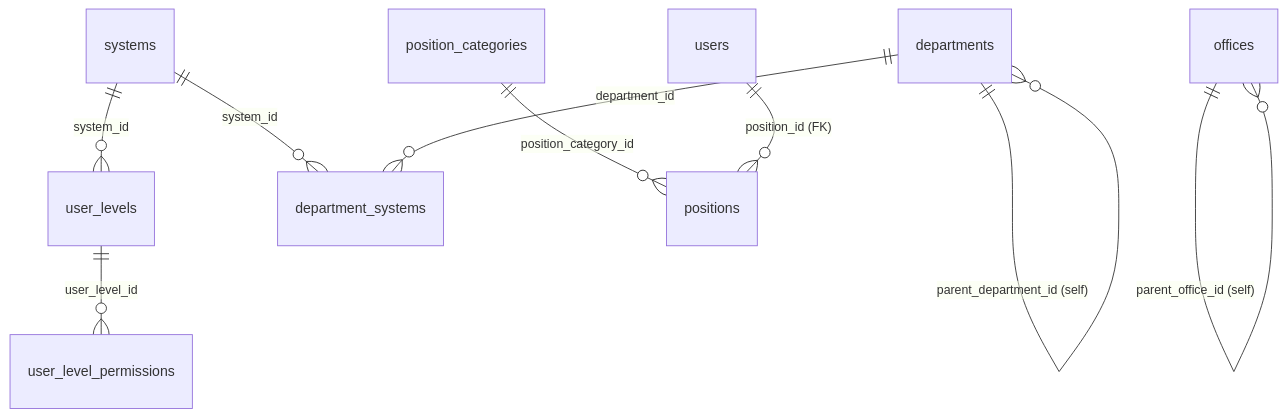
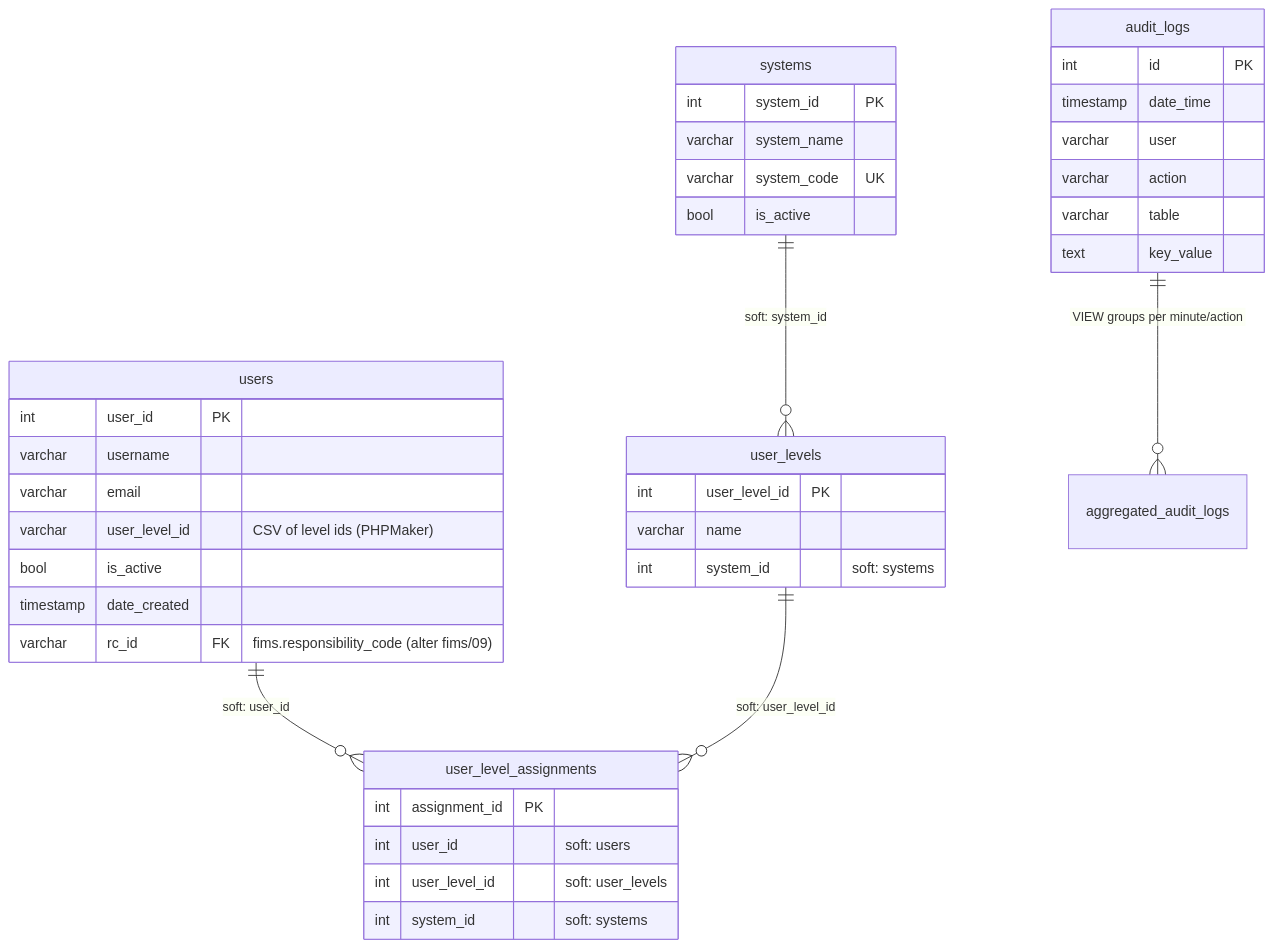
One commit to A-team-ITBS/fims-nha changed the first of 36 diagrams in system_docs/ERD/README.md. Above: the diagram before and after it, drawn with Mermaid. The commit also changed other lines of this file and 2 other files, not shown here.

First line of the commit message:
Add comprehensive process flow documentation for FIMS NHA system

````diff
--- a/system_docs/ERD/README.md
+++ b/system_docs/ERD/README.md
@@ -50,11 +87,41 @@
 ```mermaid
 erDiagram
-    systems ||--o{ user_levels : "system_id"
-    systems ||--o{ department_systems : "system_id"
-    user_levels ||--o{ user_level_permissions : "user_level_id"
-    departments ||--o{ department_systems : "department_id"
-    departments ||--o{ departments : "parent_department_id (self)"
-    offices ||--o{ offices : "parent_office_id (self)"
-    position_categories ||--o{ positions : "position_category_id"
-    users ||--o{ positions : "position_id (FK)"
+    users {
+        int user_id PK
+        varchar username
+        varchar email
+        varchar user_level_id "CSV of level ids (PHPMaker)"
+        bool is_active
+        timestamp date_created
+        varchar rc_id FK "fims.responsibility_code (alter fims/09)"
+    }
+    user_levels {
+        int user_level_id PK
+        varchar name
+        int system_id "soft: systems"
+    }
+    systems {
+        int system_id PK
+        varchar system_name
+        varchar system_code UK
+        bool is_active
+    }
+    user_level_assignments {
+        int assignment_id PK
+        int user_id "soft: users"
+        int user_level_id "soft: user_levels"
+        int system_id "soft: systems"
+    }
+    audit_logs {
+        int id PK
+        timestamp date_time
+        varchar user
+        varchar action
+        varchar table
+        text key_value
+    }
+    users ||--o{ user_level_assignments : "soft: user_id"
+    user_levels ||--o{ user_level_assignments : "soft: user_level_id"
+    systems ||--o{ user_levels : "soft: system_id"
+    audit_logs ||--o{ aggregated_audit_logs : "VIEW groups per minute/action"
 ```
````
